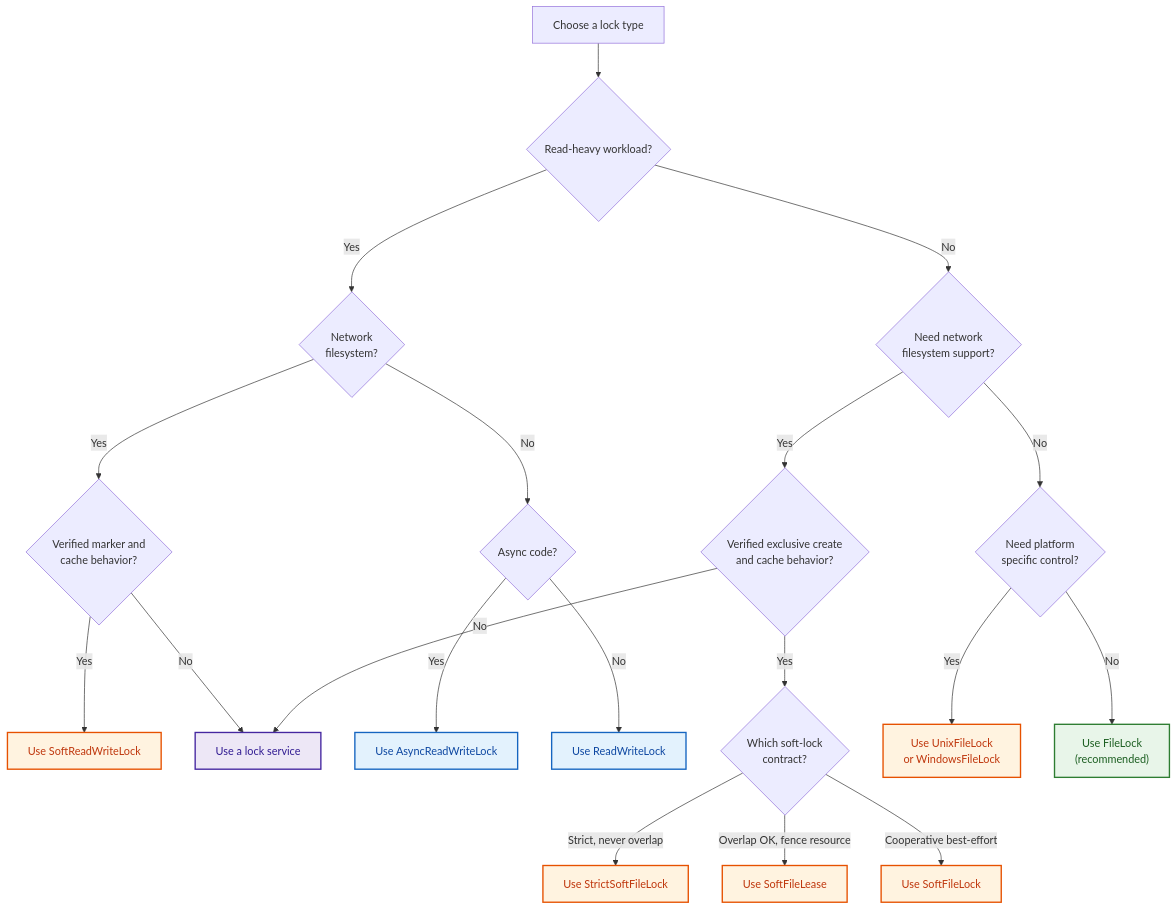
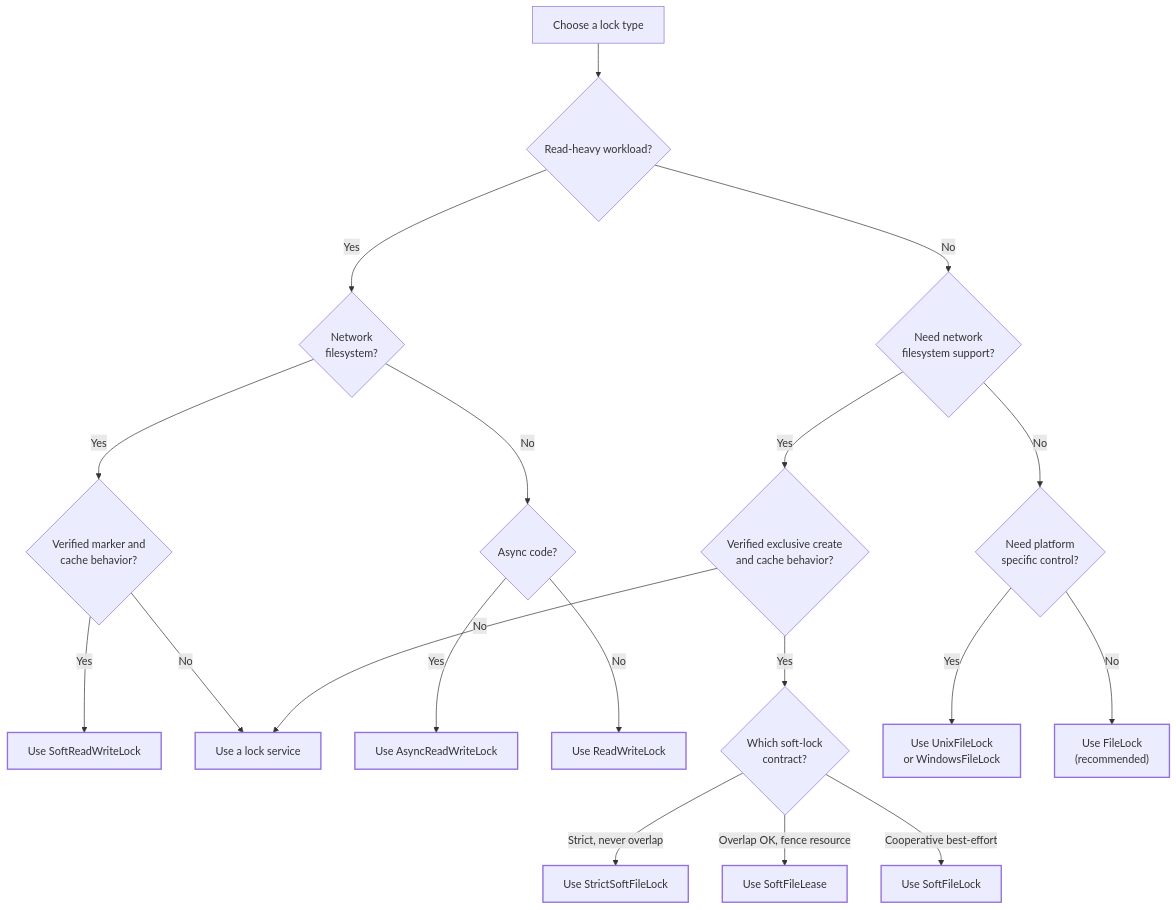
The third of 4 diagrams in docs/concepts.rst (tox-dev/filelock), drawn with Mermaid before and after one commit. The commit also changed other lines of this file and 5 other files, not shown here.

```diff
--- a/docs/concepts.rst
+++ b/docs/concepts.rst
@@ -267,30 +265,31 @@
 .. mermaid::
 
     flowchart TD
         start["Choose a lock type"] --> question1{"Read-heavy workload?"}
         question1 -->|Yes| questionRwNet{"Network<br/>filesystem?"}
         questionRwNet -->|Yes| questionRwFs{"Verified marker and<br/>cache behavior?"}
         questionRwFs -->|Yes| srw["Use SoftReadWriteLock"]
         questionRwFs -->|No| service["Use a lock service"]
         questionRwNet -->|No| questionAsync{"Async code?"}
         questionAsync -->|Yes| arw["Use AsyncReadWriteLock"]
         questionAsync -->|No| rw["Use ReadWriteLock"]
         question1 -->|No| question2{"Need network<br/>filesystem support?"}
         question2 -->|Yes| questionSoftFs{"Verified exclusive create<br/>and cache behavior?"}
         questionSoftFs -->|No| service
         questionSoftFs -->|Yes| questionContract{"Which soft-lock<br/>contract?"}
         questionContract -->|"Strict, never overlap"| strict["Use StrictSoftFileLock"]
         questionContract -->|"Overlap OK, fence resource"| lease["Use SoftFileLease"]
         questionContract -->|"Cooperative best-effort"| soft["Use SoftFileLock"]
         question2 -->|No| question3{"Need platform<br/>specific control?"}
         question3 -->|Yes| platform["Use UnixFileLock<br/>or WindowsFileLock"]
         question3 -->|No| default["Use FileLock<br/>(recommended)"]
 
-        classDef recommended fill:#e8f5e9,stroke:#2e7d32,stroke-width:2px,color:#1b5e20
-        classDef alternative fill:#fff3e0,stroke:#e65100,stroke-width:2px,color:#bf360c
-        classDef special fill:#e3f2fd,stroke:#1565c0,stroke-width:2px,color:#0d47a1
-        classDef escape fill:#ede7f6,stroke:#4527a0,stroke-width:2px,color:#311b92
+        %% docs/_static/custom.css colors these classes, once per light and dark theme
+        classDef recommended stroke-width:2px
+        classDef alternative stroke-width:2px
+        classDef special stroke-width:2px
+        classDef escape stroke-width:2px
         class default recommended
         class soft,strict,lease,platform,srw alternative
         class rw,arw special
         class service escape
```
